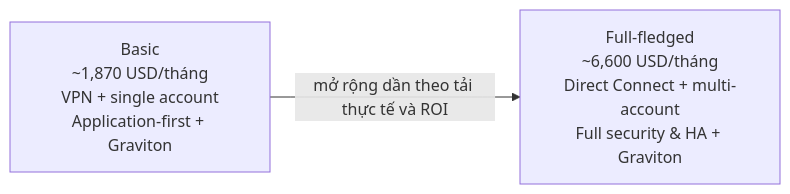
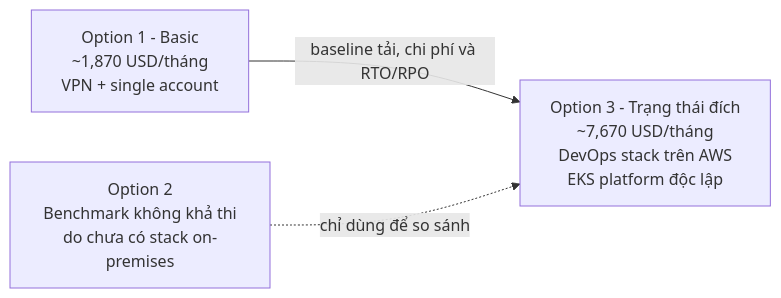
The fourth of 5 diagrams in aws-adoption-for-sme.md (hinorashi/homecommer), drawn with Mermaid before and after one commit. The commit also changed other lines of this file, not shown here.

Commit message:
Cập nhật tài liệu AWS Cloud Adoption: cải tiến mô tả nguyên tắc thiết kế, bổ sung chi tiết về ba option triển khai và điều chỉnh nội dung cho phù hợp với lộ trình hybrid cloud.

````diff
--- a/aws-adoption-for-sme.md
+++ b/aws-adoption-for-sme.md
@@ -401,4 +470,5 @@
 ```mermaid
 flowchart LR
-  Basic["Basic\n~1,870 USD/tháng\nVPN + single account\nApplication-first + Graviton"] -->|mở rộng dần theo tải thực tế và ROI| Full["Full-fledged\n~6,600 USD/tháng\nDirect Connect + multi-account\nFull security & HA + Graviton"]
+  Basic["Option 1 - Basic\n~1,870 USD/tháng\nVPN + single account"] -->|baseline tải, chi phí và RTO/RPO| Full["Option 3 - Trạng thái đích\n~7,670 USD/tháng\nDevOps stack trên AWS\nEKS platform độc lập"]
+  Compare["Option 2\nBenchmark không khả thi\ndo chưa có stack on-premises"] -.->|chỉ dùng để so sánh| Full
 ```
````
